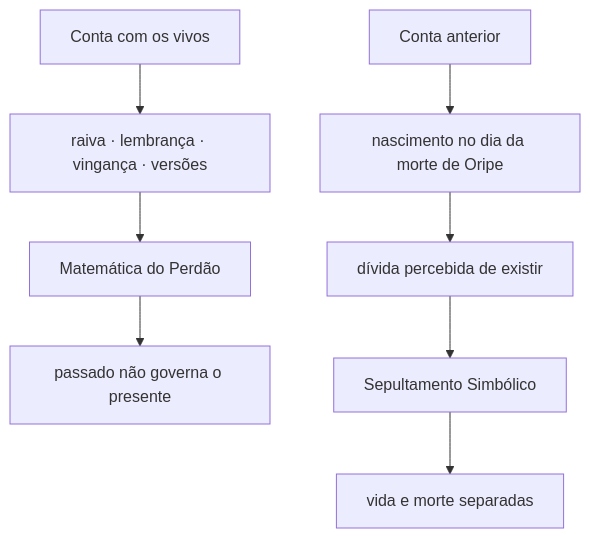
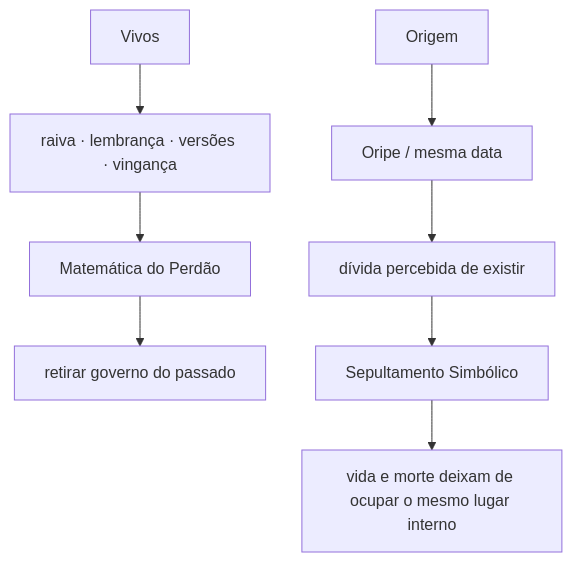
Before and after one commit to Sollimastudio/trilogia-sol-lima: the fourth of 6 diagrams in 01_MORTE_EM_VIDA/MAPA_VISUAL_PARTE_IV_ATUAL.md, drawn with Mermaid. The commit also changed other lines of this file, not shown here.

````diff
--- a/01_MORTE_EM_VIDA/MAPA_VISUAL_PARTE_IV_ATUAL.md
+++ b/01_MORTE_EM_VIDA/MAPA_VISUAL_PARTE_IV_ATUAL.md
@@ -47,10 +47,10 @@
 ```mermaid
 flowchart TD
-A[Conta com os vivos] --> B[raiva · lembrança · vingança · versões]
+A[Vivos] --> B[raiva · lembrança · versões · vingança]
 B --> C[Matemática do Perdão]
-C --> D[passado não governa o presente]
-E[Conta anterior] --> F[nascimento no dia da morte de Oripe]
+C --> D[retirar governo do passado]
+E[Origem] --> F[Oripe / mesma data]
 F --> G[dívida percebida de existir]
 G --> H[Sepultamento Simbólico]
-H --> I[vida e morte separadas]
+H --> I[vida e morte deixam de ocupar o mesmo lugar interno]
 ```
````
